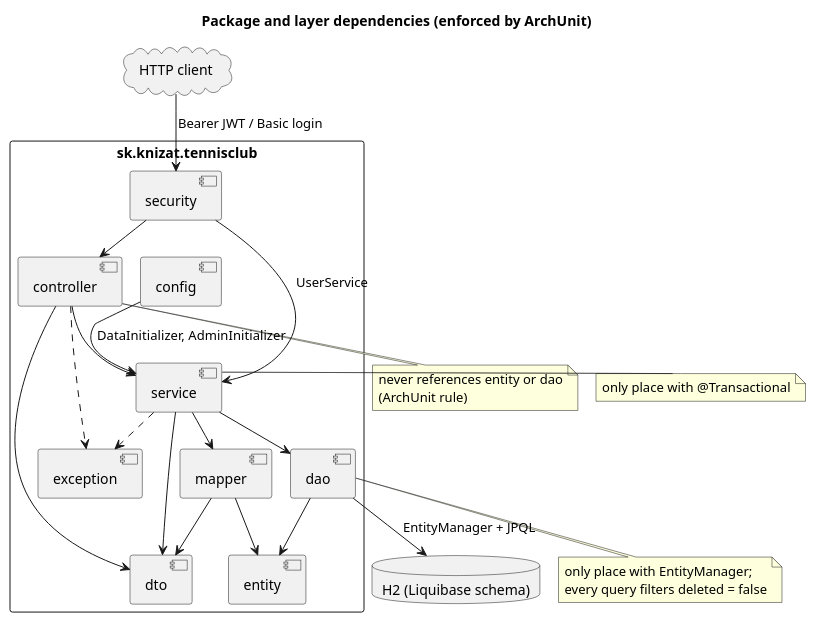
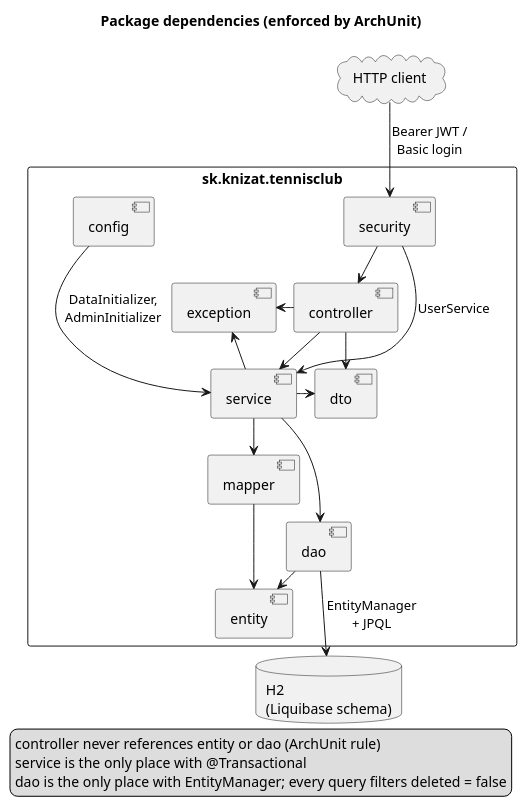
Before and after one commit to OndrejKnizat/inqool_zadanie: the diagram in docs/uml/package-diagram.puml, drawn with PlantUML. The commit also changed 13 other files, not shown here.

First line of the commit message:
Redraw UML diagrams for readability

```diff
--- a/docs/uml/package-diagram.puml
+++ b/docs/uml/package-diagram.puml
@@ -1,47 +1,50 @@
 @startuml package-diagram
 !pragma layout smetana
-title Package and layer dependencies (enforced by ArchUnit)
+title Package dependencies (enforced by ArchUnit)
+skinparam linetype polyline
+skinparam nodesep 50
+skinparam ranksep 60
 skinparam packageStyle rectangle
 
+cloud "HTTP client" as client
 package "sk.knizat.tennisclub" {
-  [controller] as controller
-  [dto] as dto
-  [service] as service
-  [mapper] as mapper
-  [dao] as dao
-  [entity] as entity
-  [security] as security
-  [config] as config
-  [exception] as exception
+  [security]
+  [controller]
+  [service]
+  [dao]
+  [config]
+  [dto]
+  [mapper]
+  [entity]
+  [exception]
 }
-cloud "HTTP client" as client
-database "H2 (Liquibase schema)" as db
+database "H2\n(Liquibase schema)" as db
 
-client --> security : Bearer JWT / Basic login
-security --> controller
-controller --> service
-controller --> dto
-service --> dao
-service --> mapper
-service --> dto
-mapper --> entity
-mapper --> dto
-dao --> entity
-dao --> db : EntityManager + JPQL
-security --> service : UserService
-config --> service : DataInitializer, AdminInitializer
-controller ..> exception
-service ..> exception
+' main vertical flow
+client -down-> security : Bearer JWT /\nBasic login
+security -down-> controller
+controller -down-> service
+service -down-> dao
+dao -down-> db : EntityManager\n+ JPQL
 
-note bottom of controller
-  never references entity or dao
-  (ArchUnit rule)
-end note
-note bottom of dao
-  only place with EntityManager;
-  every query filters deleted = false
-end note
-note right of service
-  only place with @Transactional
-end note
+' side dependencies
+security -right-> service : UserService
+config -right-> service : DataInitializer,\nAdminInitializer
+controller -right-> dto
+service -right-> mapper
+service -right-> dto
+mapper -down-> entity
+dao -right-> entity
+controller -left-> exception
+service -left-> exception
+
+' keep the side columns in place
+config -[hidden]down- exception
+dto -[hidden]down- mapper
+
+legend bottom
+  controller never references entity or dao (ArchUnit rule)
+  service is the only place with @Transactional
+  dao is the only place with EntityManager; every query filters deleted = false
+endlegend
 @enduml
```
